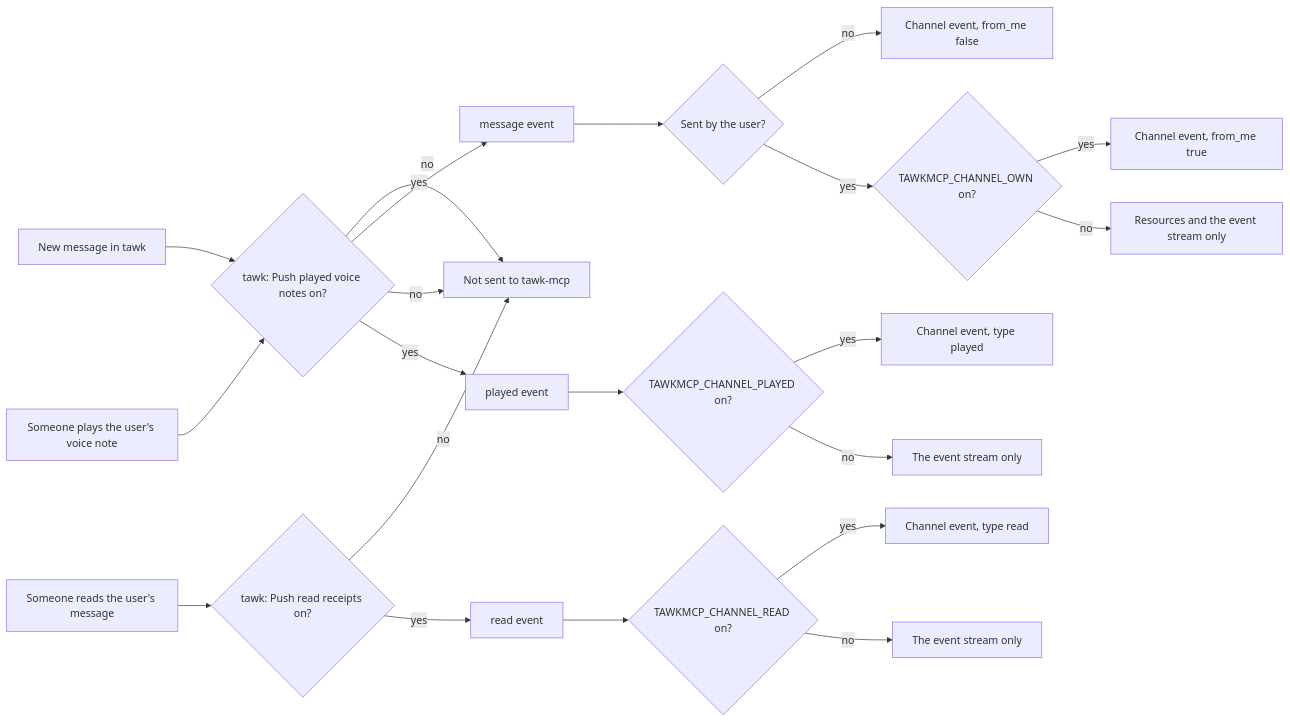
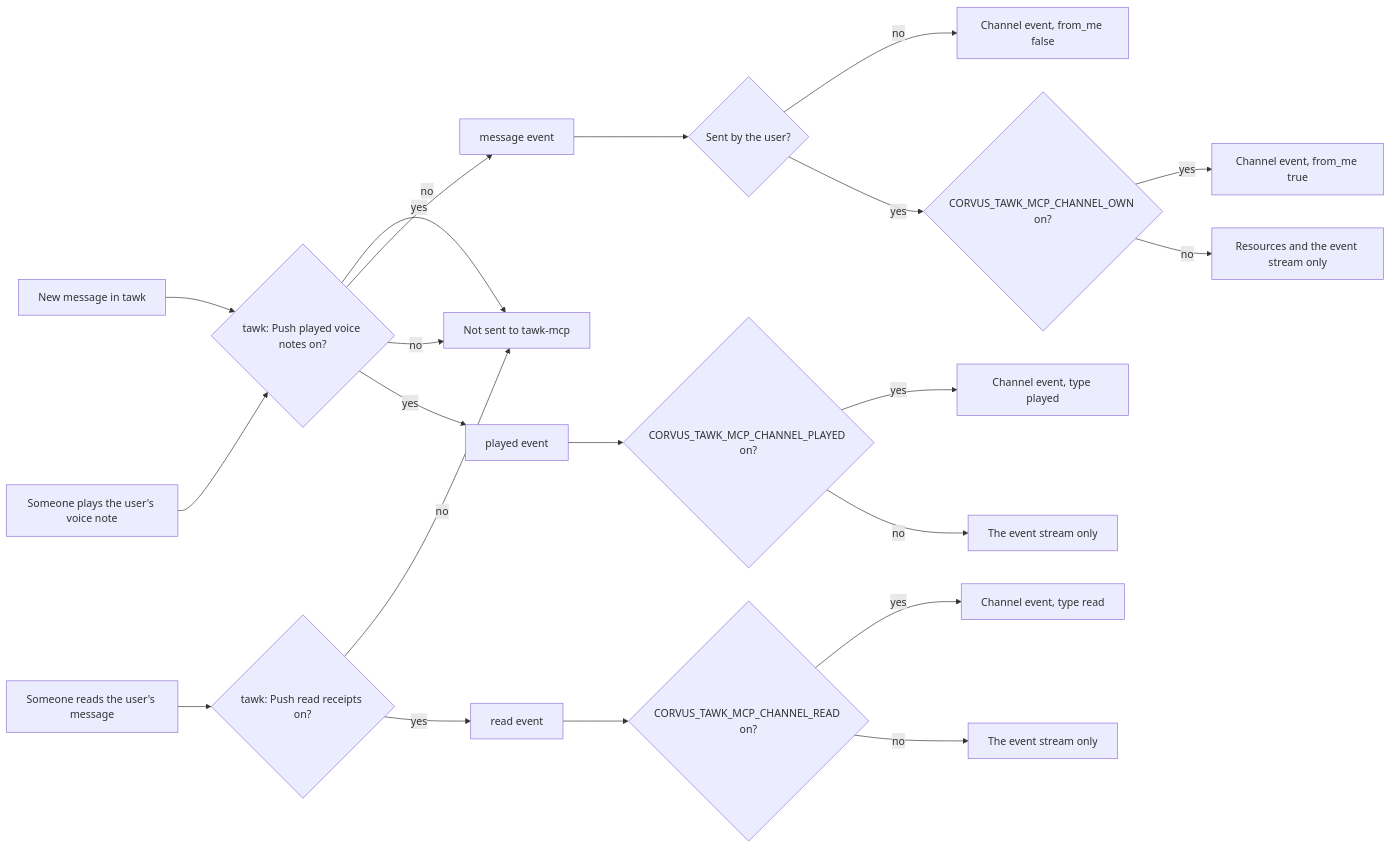
Before and after one commit to loganventer/Corvus.Mcp.Server.Tawk: the seventh of 14 diagrams in HOW_IT_WORKS.md, drawn with Mermaid. The commit also changed other lines of this file and 117 other files, not shown here.

````diff
--- a/HOW_IT_WORKS.md
+++ b/HOW_IT_WORKS.md
@@ -226,23 +226,23 @@
 ```mermaid
 flowchart LR
     MSG["New message in tawk"] --> TP{"tawk: push switch on<br/>for this kind?"}
     TP -- no --> NONE["Not sent to tawk-mcp"]
     TP -- yes --> EVT["message event"]
     EVT --> OWN{"Sent by the user?"}
     OWN -- no --> CH["Channel event, from_me false"]
-    OWN -- yes --> OPT{"TAWKMCP_CHANNEL_OWN on?"}
+    OWN -- yes --> OPT{"CORVUS_TAWK_MCP_CHANNEL_OWN on?"}
     OPT -- yes --> CH2["Channel event, from_me true"]
     OPT -- no --> KEEP["Resources and the event stream only"]
     RD["Someone reads the user's message"] --> TR{"tawk: Push read receipts on?"}
     TR -- no --> NONE
     TR -- yes --> REVT["read event"]
-    REVT --> ROPT{"TAWKMCP_CHANNEL_READ on?"}
+    REVT --> ROPT{"CORVUS_TAWK_MCP_CHANNEL_READ on?"}
     ROPT -- yes --> CH3["Channel event, type read"]
     ROPT -- no --> KEEP2["The event stream only"]
     PL["Someone plays the user's voice note"] --> TP{"tawk: Push played voice notes on?"}
     TP -- no --> NONE
     TP -- yes --> PEVT["played event"]
-    PEVT --> POPT{"TAWKMCP_CHANNEL_PLAYED on?"}
+    PEVT --> POPT{"CORVUS_TAWK_MCP_CHANNEL_PLAYED on?"}
     POPT -- yes --> CH4["Channel event, type played"]
     POPT -- no --> KEEP3["The event stream only"]
 ```
````
